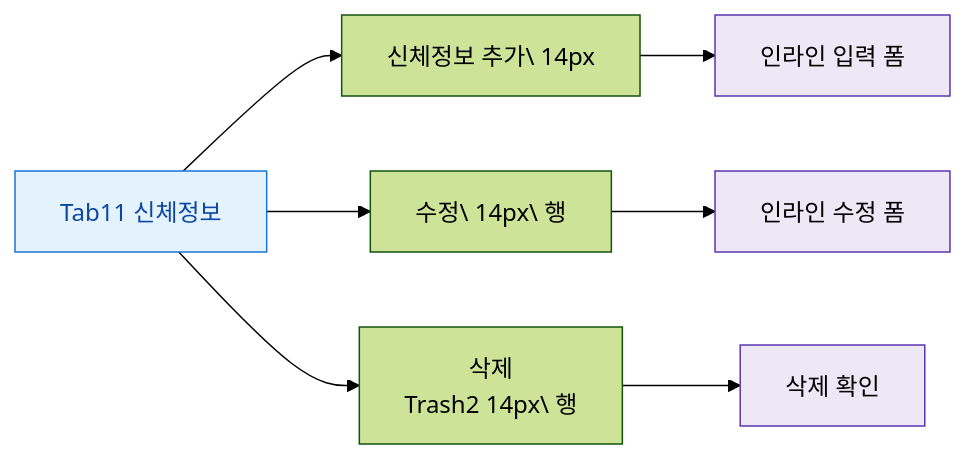
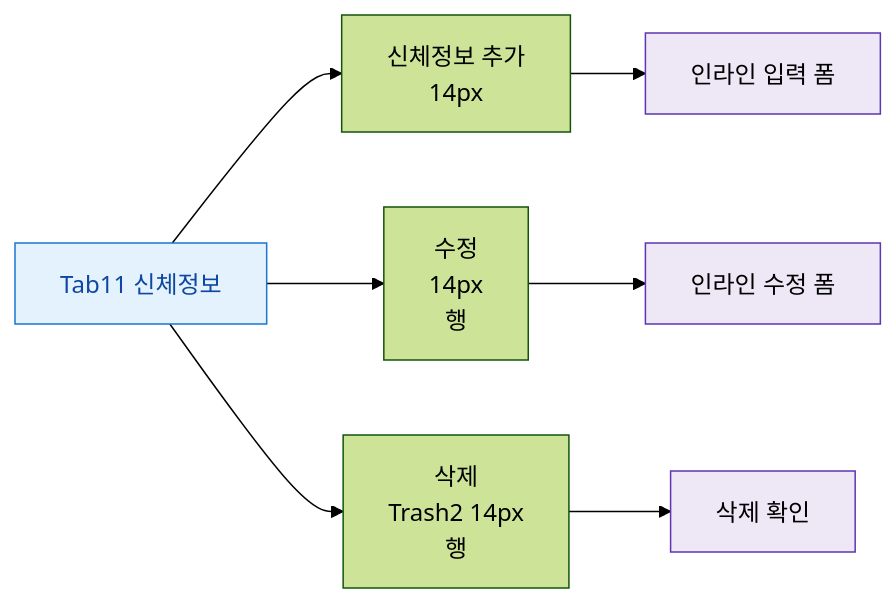
One commit to dev-spogym/admin-pando changed the diagram in docs/admin/다이어그램/D02_회원관리/SCR-M004_회원상세/Tab11_신체정보/F3_버튼액션.md. Above: the diagram before and after it, drawn with Mermaid (forest theme). The commit also changed 369 other files, not shown here.

````diff
--- a/docs/admin/다이어그램/D02_회원관리/SCR-M004_회원상세/Tab11_신체정보/F3_버튼액션.md
+++ b/docs/admin/다이어그램/D02_회원관리/SCR-M004_회원상세/Tab11_신체정보/F3_버튼액션.md
@@ -20,15 +20,15 @@
 ```mermaid
 flowchart LR
-  TAB[Tab11 신체정보] --> B1[신체정보 추가\ 14px]
-  TAB --> B2[수정\ 14px\ 행]
-  TAB --> B3[삭제\nTrash2 14px\ 행]
+  TAB[Tab11 신체정보] --> B1[신체정보 추가<br/> 14px]
+  TAB --> B2[수정<br/> 14px<br/> 행]
+  TAB --> B3[삭제\nTrash2 14px<br/> 행]
 
   B1 --> FORM[인라인 입력 폼]
   B2 --> EDIT_FORM[인라인 수정 폼]
   B3 --> DEL_CONFIRM[삭제 확인]
 
   classDef screen fill:#E3F2FD,stroke:#1976D2,color:#0D47A1
   classDef system fill:#EDE7F6,stroke:#5E35B2
   class TAB screen
   class FORM,EDIT_FORM,DEL_CONFIRM system
 ```
````
